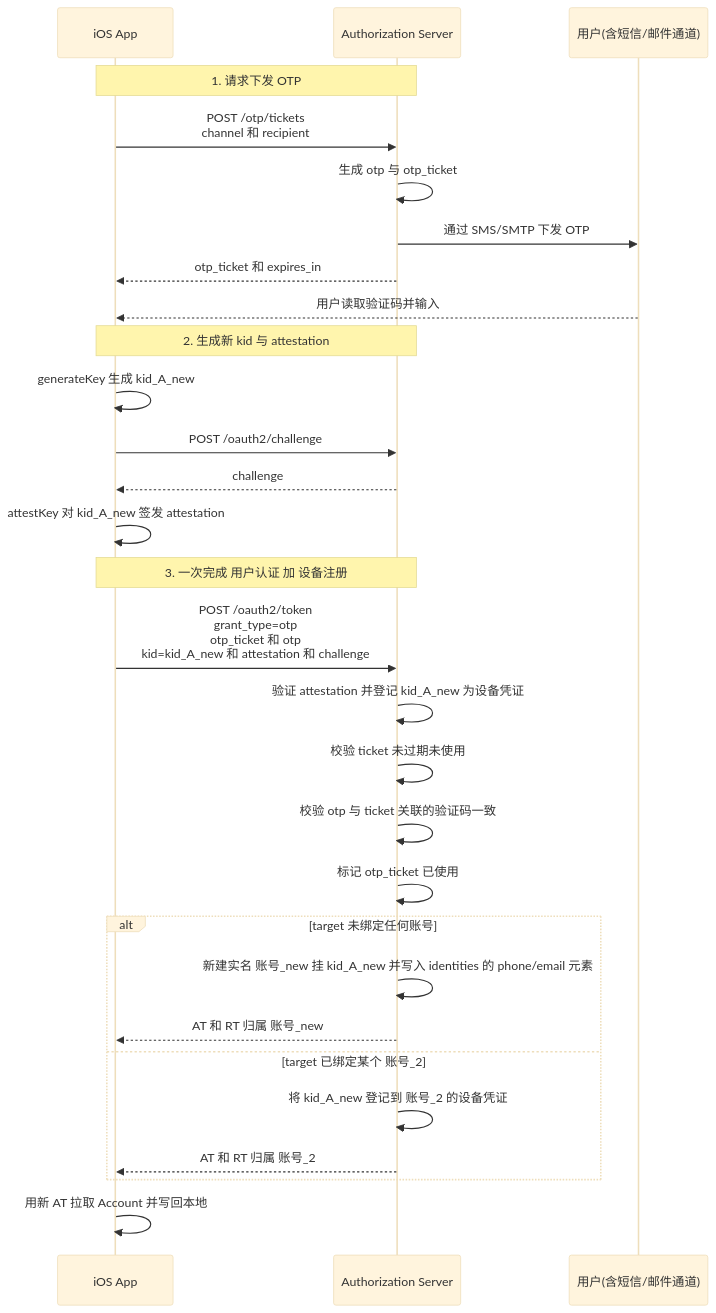
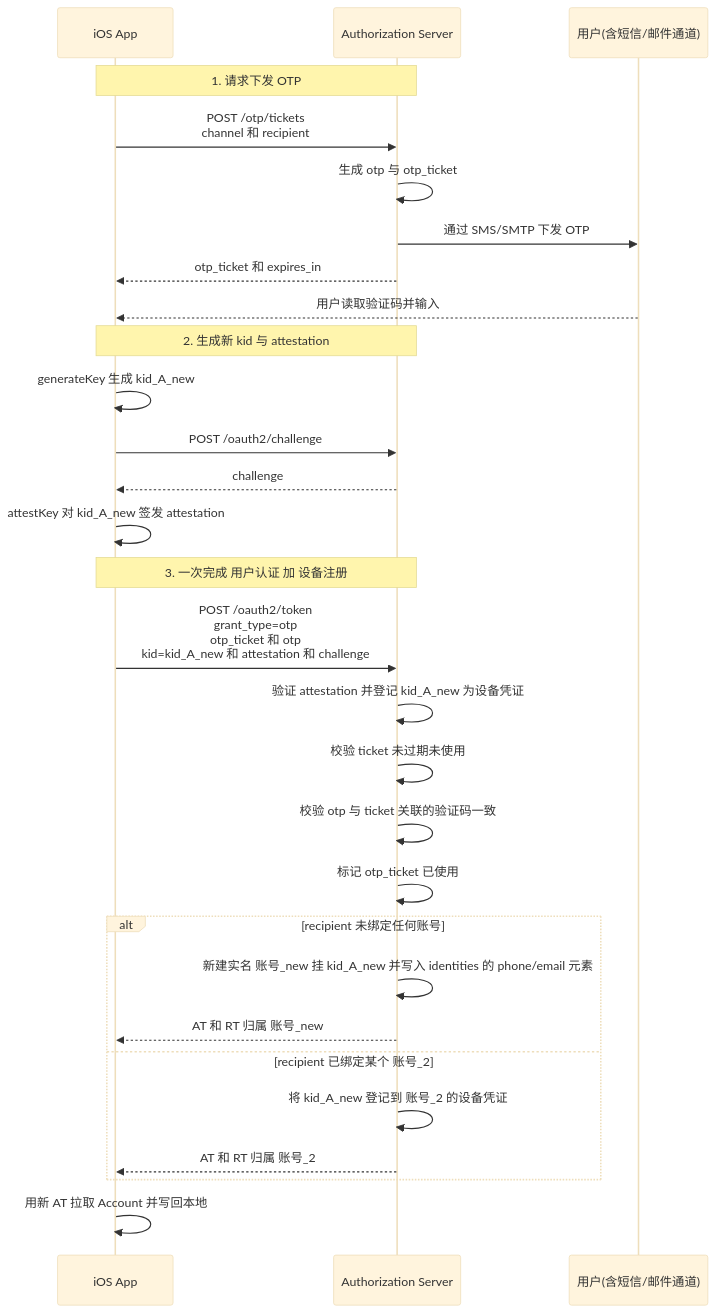
One commit to euler-projects/demo changed the second of 2 diagrams in user-center/doc/apis/zh-cn/App-Attest-Login-#-OTP.md. Above: the diagram before and after it, drawn with Mermaid (base theme). The commit also changed other lines of this file and 7 other files, not shown here.

````diff
--- a/user-center/doc/apis/zh-cn/App-Attest-Login-#-OTP.md
+++ b/user-center/doc/apis/zh-cn/App-Attest-Login-#-OTP.md
@@ -114,37 +114,37 @@
 ```mermaid
 sequenceDiagram
     participant App as iOS App
     participant Server as Authorization Server
     participant User as 用户(含短信/邮件通道)
 
     Note over App,Server: 1. 请求下发 OTP
     App->>Server: POST /otp/tickets<br/>channel 和 recipient
     Server->>Server: 生成 otp 与 otp_ticket
     Server->>User: 通过 SMS/SMTP 下发 OTP
     Server-->>App: otp_ticket 和 expires_in
 
     User-->>App: 用户读取验证码并输入
 
     Note over App,Server: 2. 生成新 kid 与 attestation
     App->>App: generateKey 生成 kid_A_new
     App->>Server: POST /oauth2/challenge
     Server-->>App: challenge
     App->>App: attestKey 对 kid_A_new 签发 attestation
 
     Note over App,Server: 3. 一次完成 用户认证 加 设备注册
     App->>Server: POST /oauth2/token<br/>grant_type=otp<br/>otp_ticket 和 otp<br/>kid=kid_A_new 和 attestation 和 challenge
     Server->>Server: 验证 attestation 并登记 kid_A_new 为设备凭证
     Server->>Server: 校验 ticket 未过期未使用
     Server->>Server: 校验 otp 与 ticket 关联的验证码一致
     Server->>Server: 标记 otp_ticket 已使用
 
-    alt target 未绑定任何账号
+    alt recipient 未绑定任何账号
         Server->>Server: 新建实名 账号_new 挂 kid_A_new 并写入 identities 的 phone/email 元素
         Server-->>App: AT 和 RT 归属 账号_new
-    else target 已绑定某个 账号_2
+    else recipient 已绑定某个 账号_2
         Server->>Server: 将 kid_A_new 登记到 账号_2 的设备凭证
         Server-->>App: AT 和 RT 归属 账号_2
     end
 
     App->>App: 用新 AT 拉取 Account 并写回本地
 ```
````
